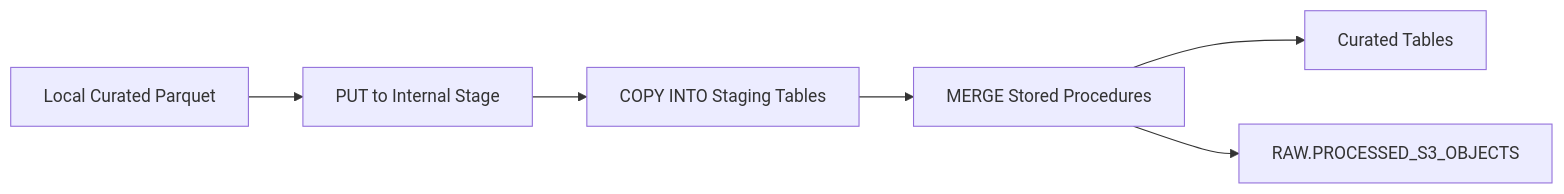
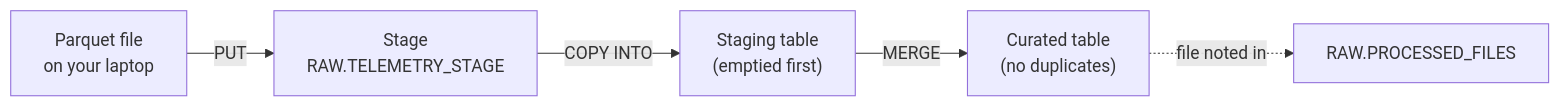
Before and after one commit to analyticsdurgesh/tesla-vehicle-telemetry-etl: the second of 2 diagrams in README.md, drawn with Mermaid. The commit also changed other lines of this file and 39 other files, not shown here.

````diff
--- a/README.md
+++ b/README.md
@@ -70,12 +74,7 @@
 ```mermaid
 flowchart LR
-    parquet["Local Curated Parquet"]
-    put["PUT to Internal Stage"]
-    copy["COPY INTO Staging Tables"]
-    merge["MERGE Stored Procedures"]
-    tables["Curated Tables"]
-    control["RAW.PROCESSED_S3_OBJECTS"]
-
-    parquet --> put --> copy --> merge --> tables
-    merge --> control
+    p["Parquet file<br/>on your laptop"] -->|PUT| st["Stage<br/>RAW.TELEMETRY_STAGE"]
+    st -->|COPY INTO| sg["Staging table<br/>(emptied first)"]
+    sg -->|MERGE| cu["Curated table<br/>(no duplicates)"]
+    cu -.->|file noted in| pf["RAW.PROCESSED_FILES"]
 ```
````
